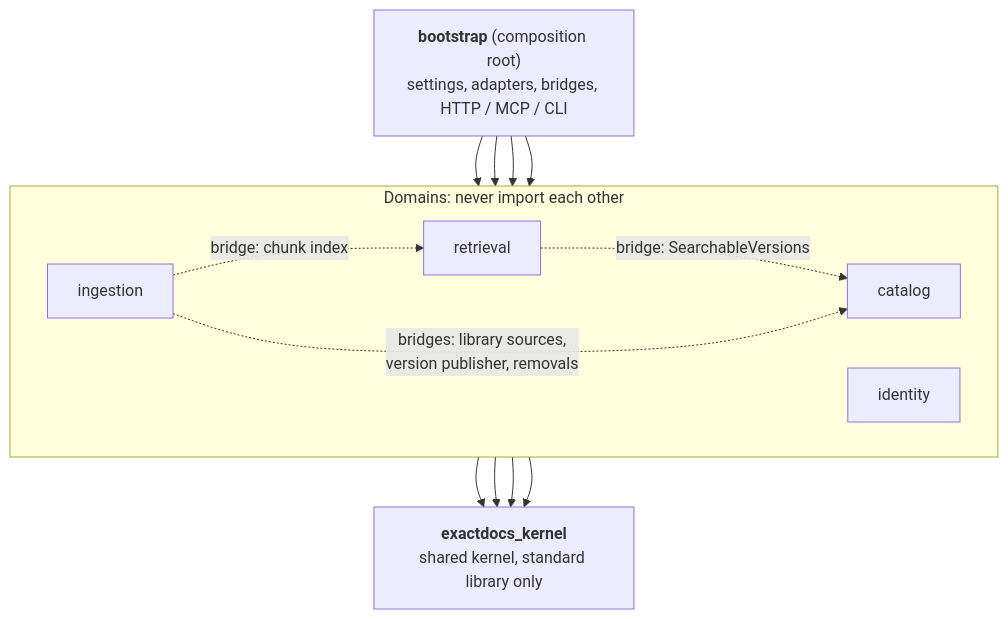
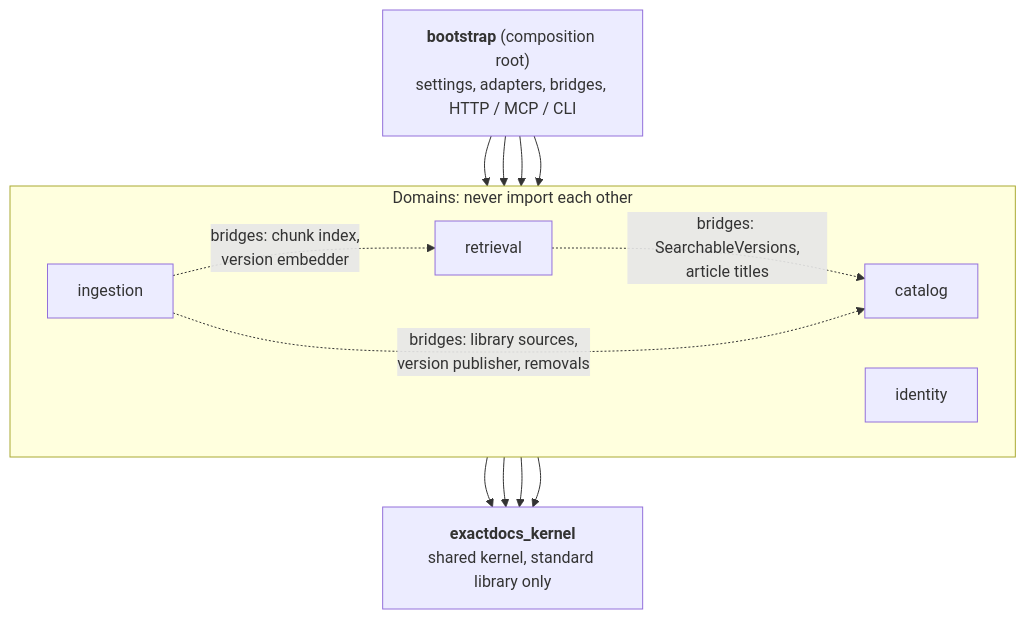
Before and after one commit to SirCypkowskyy/ExactDocs: the first of 5 diagrams in docs/architecture.md, drawn with Mermaid. The commit also changed other lines of this file and 58 other files, not shown here.

First line of the commit message:
feat(retrieval): an embedding endpoint embeds every version in the background (#91) (#263)

````diff
--- a/docs/architecture.md
+++ b/docs/architecture.md
@@ -30,17 +30,17 @@
 ```mermaid
 flowchart TD
     boot["<b>bootstrap</b> (composition root)<br/>settings, adapters, bridges, HTTP / MCP / CLI"]
     subgraph domains [Domains: never import each other]
         direction LR
         catalog
         identity
         retrieval
         ingestion
     end
     kernel["<b>exactdocs_kernel</b><br/>shared kernel, standard library only"]
     boot --> catalog & identity & retrieval & ingestion
     catalog & identity & retrieval & ingestion --> kernel
-    retrieval -. "bridge: SearchableVersions" .-> catalog
+    retrieval -. "bridges: SearchableVersions,<br/>article titles" .-> catalog
     ingestion -. "bridges: library sources,<br/>version publisher, removals" .-> catalog
-    ingestion -. "bridge: chunk index" .-> retrieval
+    ingestion -. "bridges: chunk index,<br/>version embedder" .-> retrieval
 ```
````
